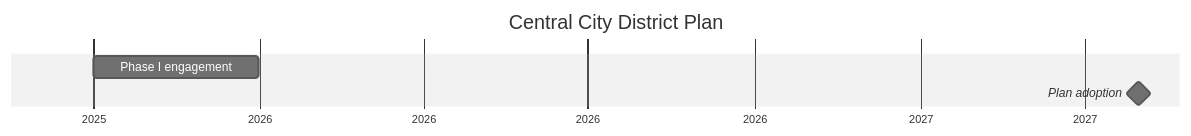
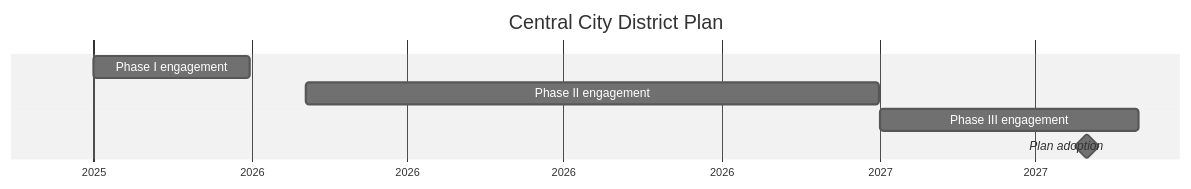
Diagram 13 of 40 in docs/projects.md (changesaroundme/calendars), drawn with Mermaid (neutral theme) before and after one commit. The commit also changed other lines of this file and 1 other file, not shown here.

````diff
--- a/docs/projects.md
+++ b/docs/projects.md
@@ -244,8 +282,10 @@
 ```mermaid
 gantt
     title Central City District Plan
     dateFormat YYYY-MM-DD
     axisFormat %Y
     Phase I engagement :p1, 2025-10-01, 2025-12-31
-    Plan adoption :milestone, p2, 2027-05-01, 0d
+    Phase II engagement :p2, 2026-02-01, 2026-12-31
+    Phase III engagement :p3, 2027-01-01, 2027-05-31
+    Plan adoption :milestone, p4, 2027-05-01, 0d
 ```
````
